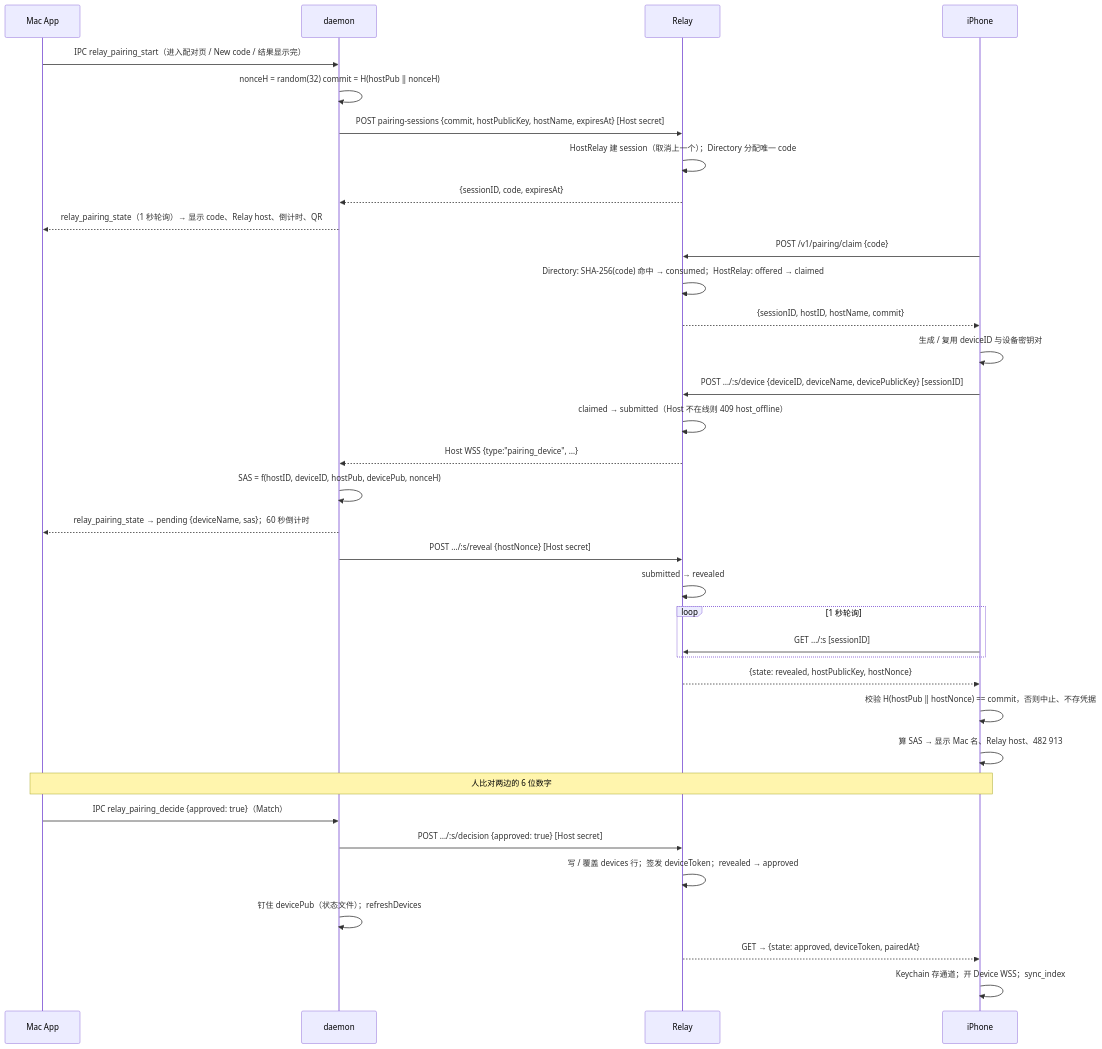
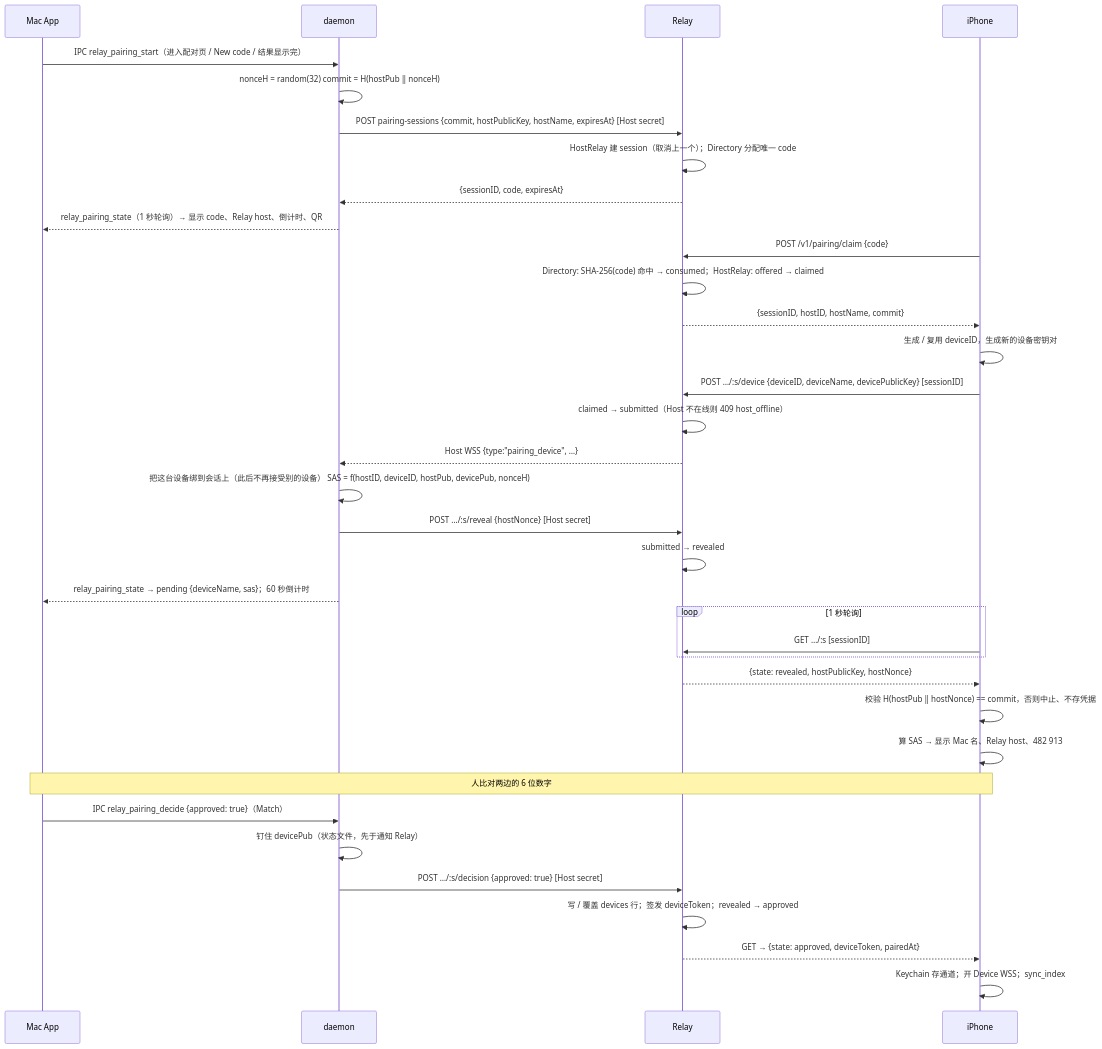
One commit to AFutureD/Lumi changed the second of 2 diagrams in docs/design/relay-pairing-security.md. Above: the diagram before and after it, drawn with Mermaid. The commit also changed other lines of this file and 26 other files, not shown here.

First line of the commit message:
Stop relying on the Relay for pairing state, revocation and frame order

````diff
--- a/docs/design/relay-pairing-security.md
+++ b/docs/design/relay-pairing-security.md
@@ -69,42 +77,42 @@
 ```mermaid
 sequenceDiagram
     participant A as Mac App
     participant D as daemon
     participant R as Relay
     participant I as iPhone
 
     A->>D: IPC relay_pairing_start（进入配对页 / New code / 结果显示完）
     D->>D: nonceH = random(32) commit = H(hostPub ‖ nonceH)
     D->>R: POST pairing-sessions {commit, hostPublicKey, hostName, expiresAt}   [Host secret]
     R->>R: HostRelay 建 session（取消上一个）；Directory 分配唯一 code
     R-->>D: {sessionID, code, expiresAt}
     D-->>A: relay_pairing_state（1 秒轮询）→ 显示 code、Relay host、倒计时、QR
 
     I->>R: POST /v1/pairing/claim {code}
     R->>R: Directory: SHA-256(code) 命中 → consumed；HostRelay: offered → claimed
     R-->>I: {sessionID, hostID, hostName, commit}
-    I->>I: 生成 / 复用 deviceID 与设备密钥对
+    I->>I: 生成 / 复用 deviceID，生成新的设备密钥对
     I->>R: POST …/:s/device {deviceID, deviceName, devicePublicKey}   [sessionID]
     R->>R: claimed → submitted（Host 不在线则 409 host_offline）
     R-->>D: Host WSS {type:"pairing_device", …}
 
-    D->>D: SAS = f(hostID, deviceID, hostPub, devicePub, nonceH)
-    D-->>A: relay_pairing_state → pending {deviceName, sas}；60 秒倒计时
+    D->>D: 把这台设备绑到会话上（此后不再接受别的设备） SAS = f(hostID, deviceID, hostPub, devicePub, nonceH)
     D->>R: POST …/:s/reveal {hostNonce}   [Host secret]
     R->>R: submitted → revealed
+    D-->>A: relay_pairing_state → pending {deviceName, sas}；60 秒倒计时
 
     loop 1 秒轮询
         I->>R: GET …/:s   [sessionID]
     end
     R-->>I: {state: revealed, hostPublicKey, hostNonce}
     I->>I: 校验 H(hostPub ‖ hostNonce) == commit，否则中止、不存凭据
     I->>I: 算 SAS → 显示 Mac 名、Relay host、482 913
 
     Note over A,I: 人比对两边的 6 位数字
     A->>D: IPC relay_pairing_decide {approved: true}（Match）
+    D->>D: 钉住 devicePub（状态文件，先于通知 Relay）
     D->>R: POST …/:s/decision {approved: true}   [Host secret]
     R->>R: 写 / 覆盖 devices 行；签发 deviceToken；revealed → approved
-    D->>D: 钉住 devicePub（状态文件）；refreshDevices
     R-->>I: GET → {state: approved, deviceToken, pairedAt}
     I->>I: Keychain 存通道；开 Device WSS；sync_index
 ```
````
